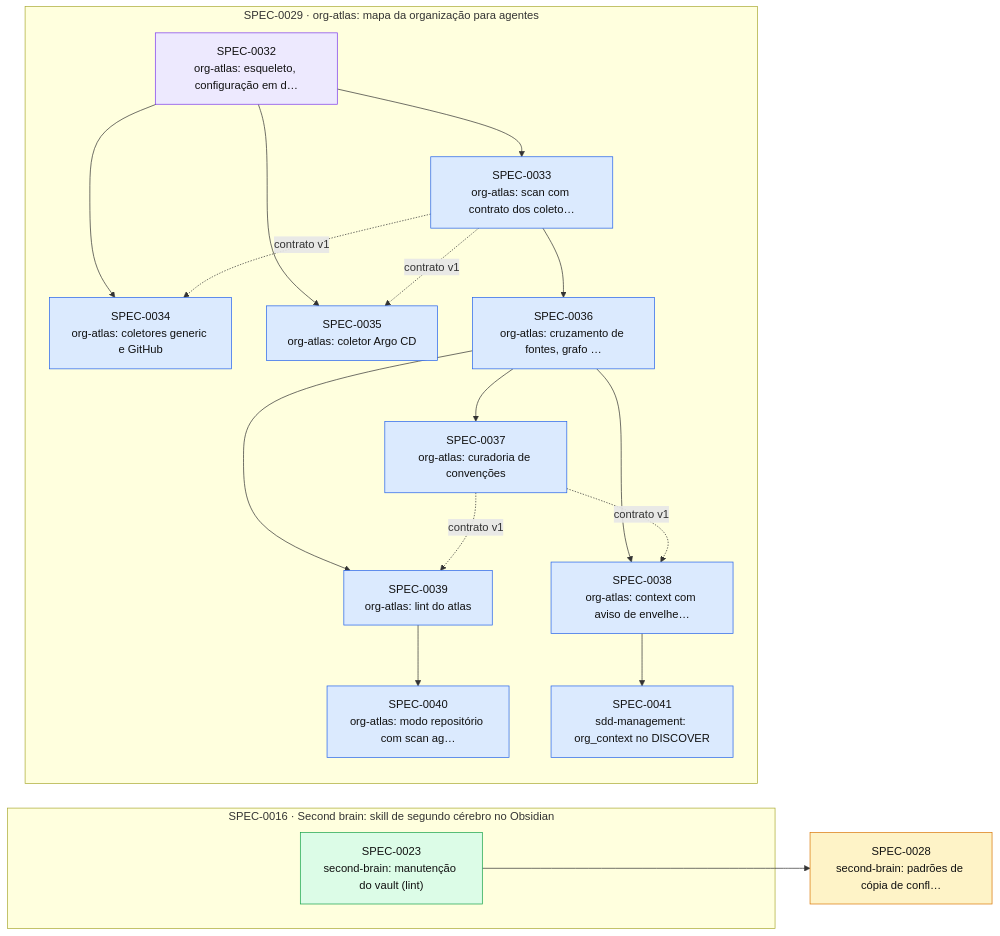
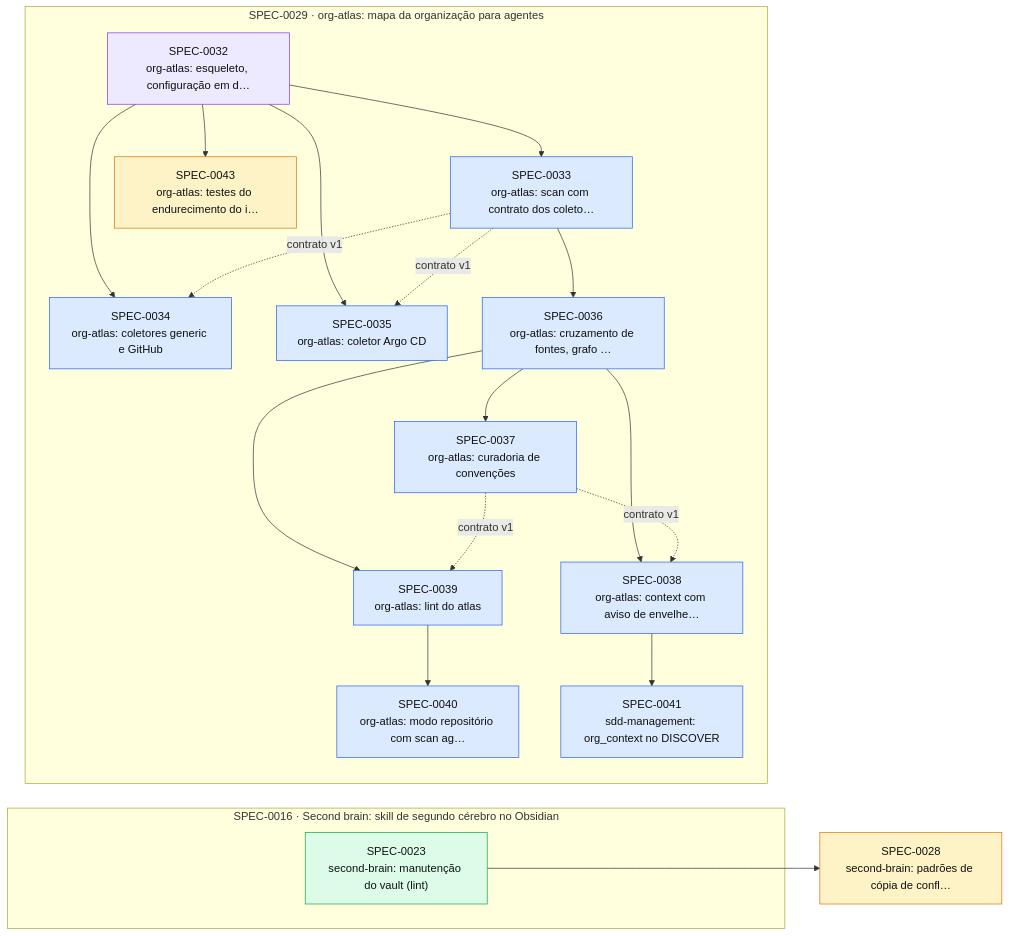
The diagram in docs/specs/INDEX.md (thomasravache/ai-dev-brain), drawn with Mermaid before and after one commit. The commit also changed other lines of this file and 3 other files, not shown here.

````diff
--- a/docs/specs/INDEX.md
+++ b/docs/specs/INDEX.md
@@ -58,38 +59,40 @@
 ```mermaid
 flowchart LR
   S0028["SPEC-0028<br/>second-brain: padrões de cópia de confl…"]:::proposed
   subgraph E0016["SPEC-0016 · Second brain: skill de segundo cérebro no Obsidian"]
     S0023["SPEC-0023<br/>second-brain: manutenção do vault (lint)"]:::implemented
   end
   subgraph E0029["SPEC-0029 · org-atlas: mapa da organização para agentes"]
     S0032["SPEC-0032<br/>org-atlas: esqueleto, configuração em d…"]:::inprogress
     S0033["SPEC-0033<br/>org-atlas: scan com contrato dos coleto…"]:::approved
     S0034["SPEC-0034<br/>org-atlas: coletores generic e GitHub"]:::approved
     S0035["SPEC-0035<br/>org-atlas: coletor Argo CD"]:::approved
     S0036["SPEC-0036<br/>org-atlas: cruzamento de fontes, grafo …"]:::approved
     S0037["SPEC-0037<br/>org-atlas: curadoria de convenções"]:::approved
     S0038["SPEC-0038<br/>org-atlas: context com aviso de envelhe…"]:::approved
     S0039["SPEC-0039<br/>org-atlas: lint do atlas"]:::approved
     S0040["SPEC-0040<br/>org-atlas: modo repositório com scan ag…"]:::approved
     S0041["SPEC-0041<br/>sdd-management: org_context no DISCOVER"]:::approved
+    S0043["SPEC-0043<br/>org-atlas: testes do endurecimento do i…"]:::proposed
   end
   S0023 --> S0028
   S0032 --> S0033
   S0032 --> S0034
   S0033 -. contrato v1 .-> S0034
   S0032 --> S0035
   S0033 -. contrato v1 .-> S0035
   S0033 --> S0036
   S0036 --> S0037
   S0036 --> S0038
   S0037 -. contrato v1 .-> S0038
   S0036 --> S0039
   S0037 -. contrato v1 .-> S0039
   S0039 --> S0040
   S0038 --> S0041
+  S0032 --> S0043
   classDef proposed fill:#fef3c7,stroke:#d97706,color:#111
   classDef approved fill:#dbeafe,stroke:#2563eb,color:#111
   classDef inprogress fill:#ede9fe,stroke:#7c3aed,color:#111
   classDef implemented fill:#dcfce7,stroke:#16a34a,color:#111
   classDef deprecated fill:#f3f4f6,stroke:#9ca3af,color:#6b7280
 ```
````
